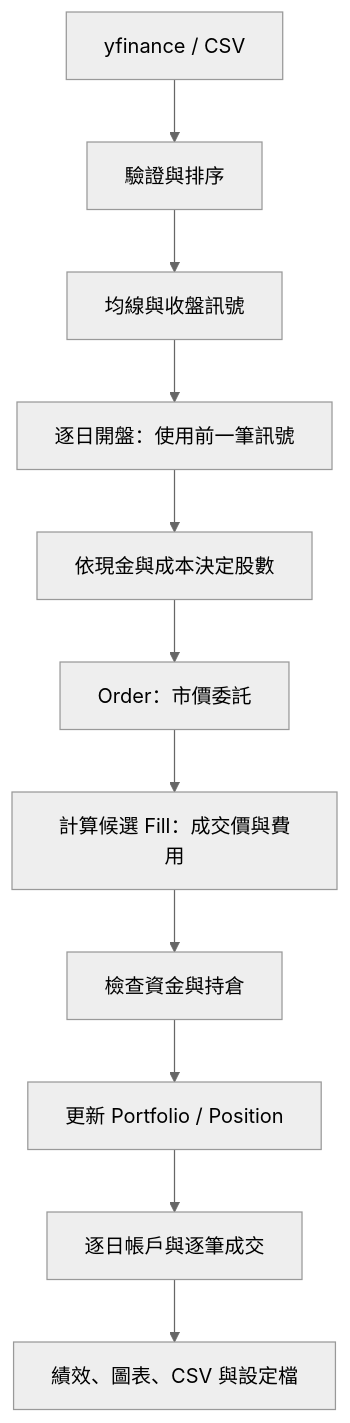
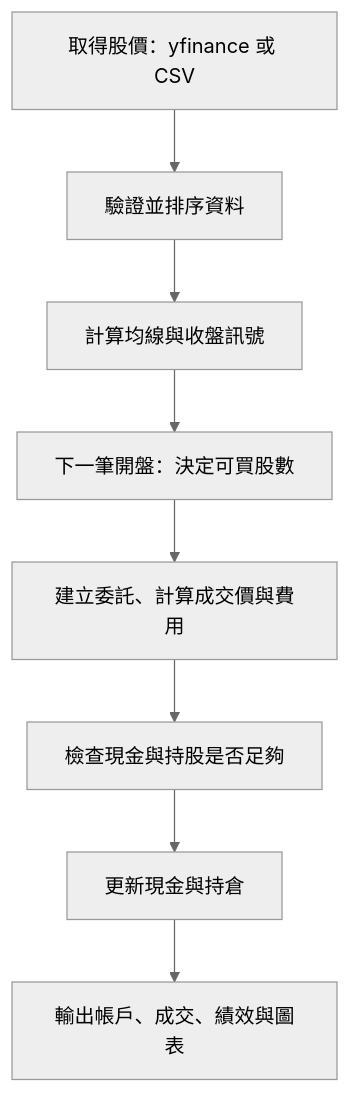
One commit to LifanC/quant-flow-docs changed the diagram in README.md. Above: the diagram before and after it, drawn with Mermaid (neutral theme). The commit also changed other lines of this file and 5 other files, not shown here.

````diff
--- a/README.md
+++ b/README.md
@@ -266,13 +268,10 @@
 ```mermaid
 flowchart TD
-    DATA["yfinance / CSV"] --> NORMAL["驗證與排序"]
-    NORMAL --> MA["均線與收盤訊號"]
-    MA --> DAILY["逐日開盤：使用前一筆訊號"]
-    DAILY --> SIZE["依現金與成本決定股數"]
-    SIZE --> ORDER["Order：市價委託"]
-    ORDER --> CANDIDATE["計算候選 Fill：成交價與費用"]
-    CANDIDATE --> RISK["檢查資金與持倉"]
-    RISK --> ACCOUNT["更新 Portfolio / Position"]
-    ACCOUNT --> HISTORY["逐日帳戶與逐筆成交"]
-    HISTORY --> REPORT["績效、圖表、CSV 與設定檔"]
+    DATA["取得股價：yfinance 或 CSV"] --> NORMAL["驗證並排序資料"]
+    NORMAL --> SIGNAL["計算均線與收盤訊號"]
+    SIGNAL --> OPEN["下一筆開盤：決定可買股數"]
+    OPEN --> ORDER["建立委託、計算成交價與費用"]
+    ORDER --> CHECK["檢查現金與持股是否足夠"]
+    CHECK --> ACCOUNT["更新現金與持倉"]
+    ACCOUNT --> REPORT["輸出帳戶、成交、績效與圖表"]
 ```
````
